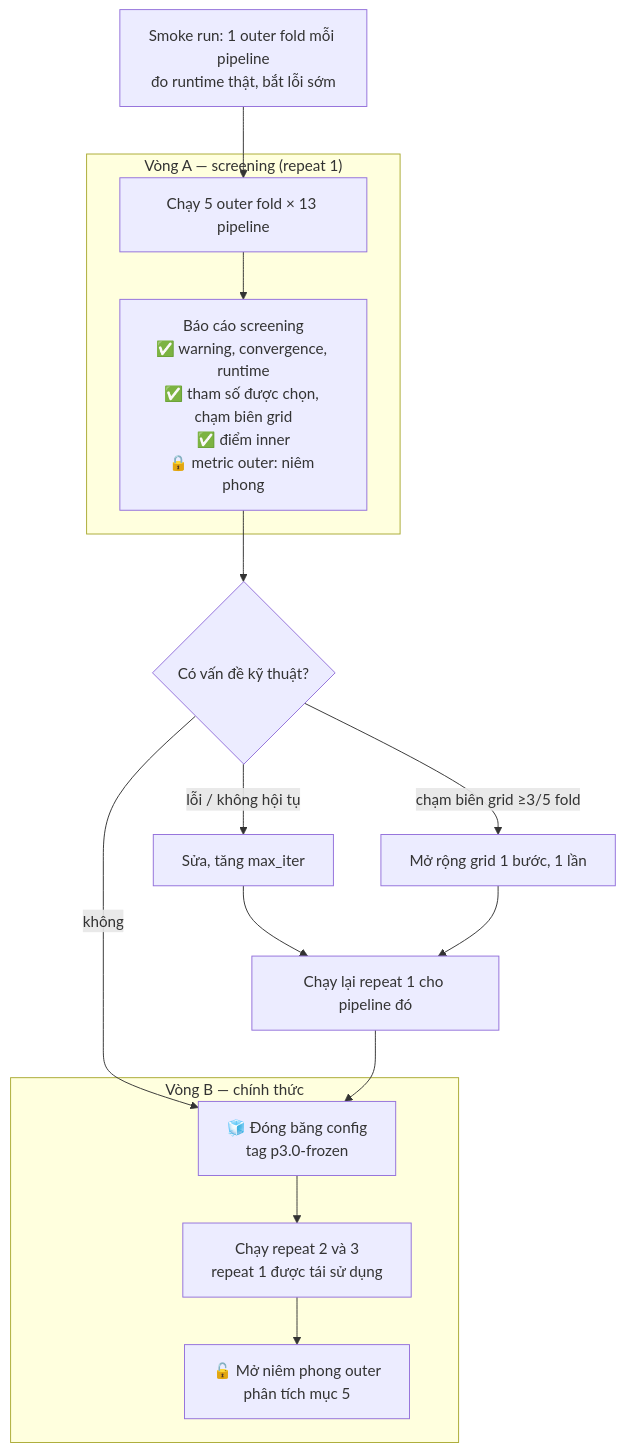
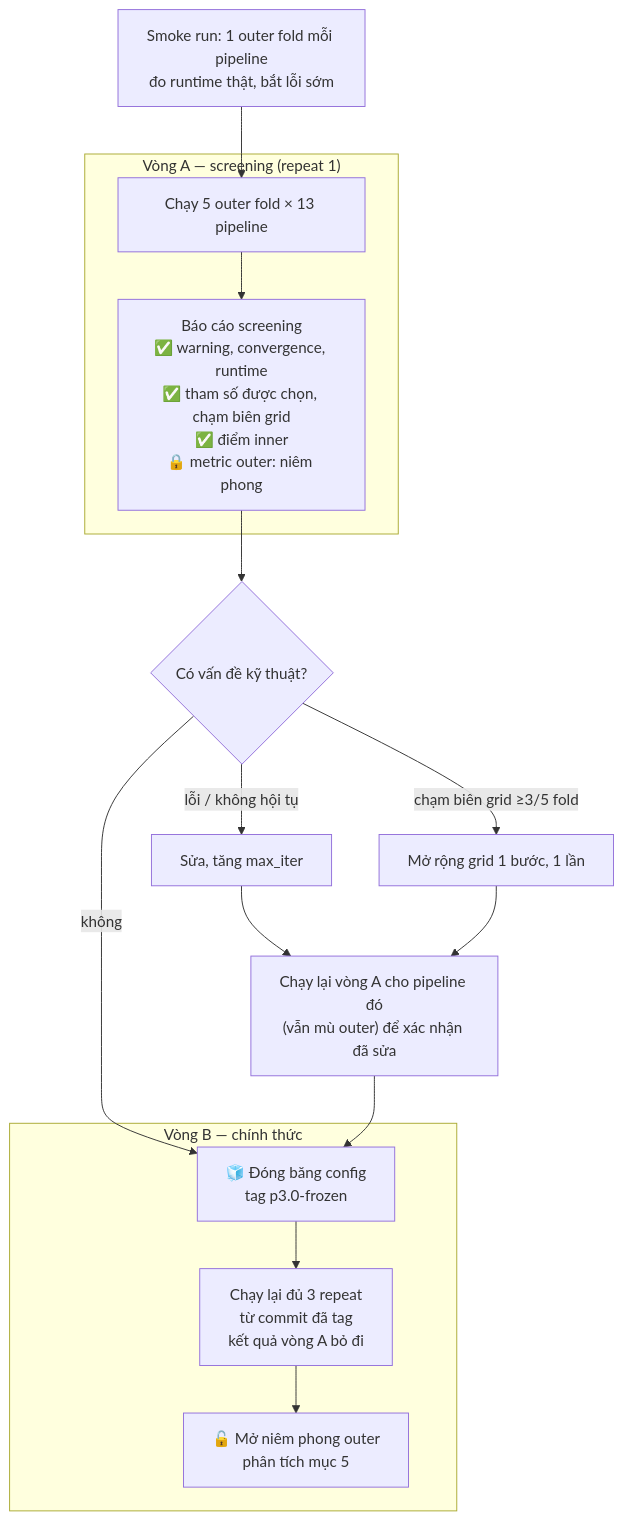
Before and after one commit to nhdung98/ProjectA: the seventh of 12 diagrams in docs/protocol_3.0_proposal.md, drawn with Mermaid. The commit also changed other lines of this file and 2 other files, not shown here.

Commit message:
docs: update protocol 3.0 proposal and add mock results and nested CV diagram

````diff
--- a/docs/protocol_3.0_proposal.md
+++ b/docs/protocol_3.0_proposal.md
@@ -283,18 +279,18 @@
 ```mermaid
 flowchart TD
   S["Smoke run: 1 outer fold mỗi pipeline<br/>đo runtime thật, bắt lỗi sớm"] --> A
   subgraph RA["Vòng A — screening (repeat 1)"]
     A["Chạy 5 outer fold × 13 pipeline"] --> R["Báo cáo screening<br/>✅ warning, convergence, runtime<br/>✅ tham số được chọn, chạm biên grid<br/>✅ điểm inner<br/>🔒 metric outer: niêm phong"]
   end
   R --> Q{"Có vấn đề kỹ thuật?"}
   Q -->|"lỗi / không hội tụ"| FX["Sửa, tăng max_iter"]
   Q -->|"chạm biên grid ≥3/5 fold"| GX["Mở rộng grid 1 bước, 1 lần"]
   Q -->|"không"| FR
-  FX --> RR["Chạy lại repeat 1 cho pipeline đó"]
+  FX --> RR["Chạy lại vòng A cho pipeline đó<br/>(vẫn mù outer) để xác nhận đã sửa"]
   GX --> RR
   RR --> FR["🧊 Đóng băng config<br/>tag p3.0-frozen"]
   subgraph RB["Vòng B — chính thức"]
-    FR --> B["Chạy repeat 2 và 3<br/>repeat 1 được tái sử dụng"]
+    FR --> B["Chạy lại đủ 3 repeat<br/>từ commit đã tag<br/>kết quả vòng A bỏ đi"]
     B --> O["🔓 Mở niêm phong outer<br/>phân tích mục 5"]
   end
 ```
````
